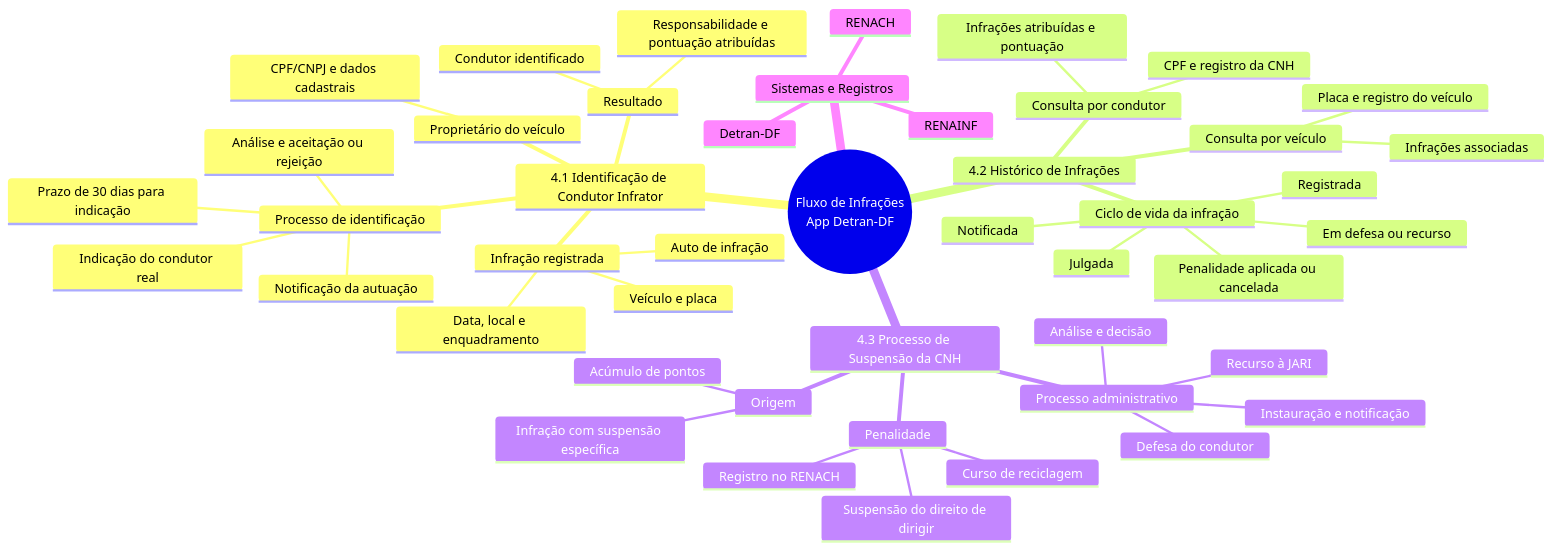
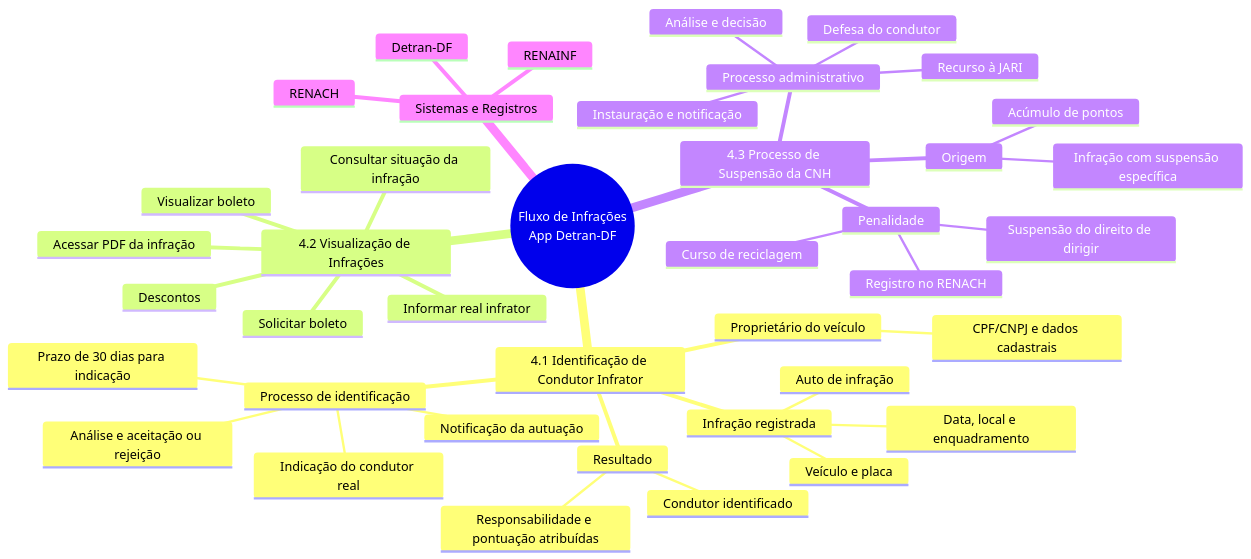
Before and after one commit to UnBArqDsw2026-2-Turma02/2026.2-T02-_G6_ProjetoAplicativoMovel_Entrega01: the diagram in docs/Base/Relatorios/1.1.2.SubEquipe_02.md, drawn with Mermaid. The commit also changed other lines of this file and 1 other file, not shown here.

````diff
--- a/docs/Base/Relatorios/1.1.2.SubEquipe_02.md
+++ b/docs/Base/Relatorios/1.1.2.SubEquipe_02.md
@@ -44,49 +44,43 @@
 ```mermaid
 mindmap
   root((Fluxo de Infrações<br>App Detran-DF))
     4.1 Identificação de Condutor Infrator
       Infração registrada
         Auto de infração
         Veículo e placa
         Data, local e enquadramento
       Proprietário do veículo
         CPF/CNPJ e dados cadastrais
       Processo de identificação
         Notificação da autuação
         Prazo de 30 dias para indicação
         Indicação do condutor real
         Análise e aceitação ou rejeição
       Resultado
         Condutor identificado
         Responsabilidade e pontuação atribuídas
-    4.2 Histórico de Infrações
-      Consulta por condutor
-        CPF e registro da CNH
-        Infrações atribuídas e pontuação
-      Consulta por veículo
-        Placa e registro do veículo
-        Infrações associadas
-      Ciclo de vida da infração
-        Registrada
-        Notificada
-        Em defesa ou recurso
-        Julgada
-        Penalidade aplicada ou cancelada
+    4.2 Visualização de Infrações
+      Visualizar boleto
+      Informar real infrator
+      Consultar situação da infração
+      Acessar PDF da infração
+      Descontos
+      Solicitar boleto
     4.3 Processo de Suspensão da CNH
       Origem
         Acúmulo de pontos
         Infração com suspensão específica
       Processo administrativo
         Instauração e notificação
         Defesa do condutor
         Análise e decisão
         Recurso à JARI
       Penalidade
         Suspensão do direito de dirigir
         Registro no RENACH
         Curso de reciclagem
     Sistemas e Registros
       RENAINF
       RENACH
       Detran-DF
 ```
````
